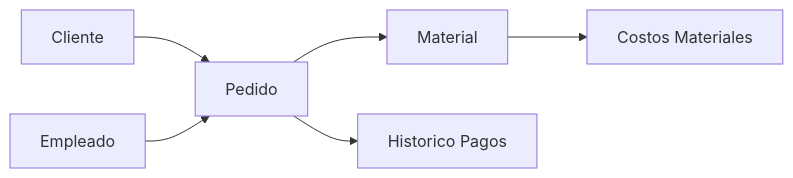
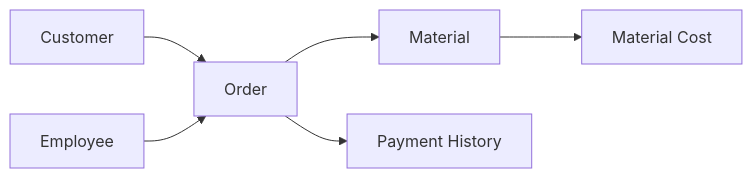
One commit to utnfrrodsw/tp changed the diagram in proposal.md. Above: the diagram before and after it, drawn with Mermaid. The commit also changed other lines of this file and 1 other file, not shown here.

Commit message:
Traducción a inglés

````diff
--- a/proposal.md
+++ b/proposal.md
@@ -17,7 +17,7 @@
 ```mermaid
 graph LR
-A[Cliente] --> B[Pedido]
-B --> D[Material] --> E[Costos Materiales]
-C[Empleado] --> B
-B --> F[Historico Pagos]
+A[Customer] --> B[Order]
+B --> D[Material] --> E[Material Cost]
+C[Employee] --> B
+B --> F[Payment History]
 ```
````
